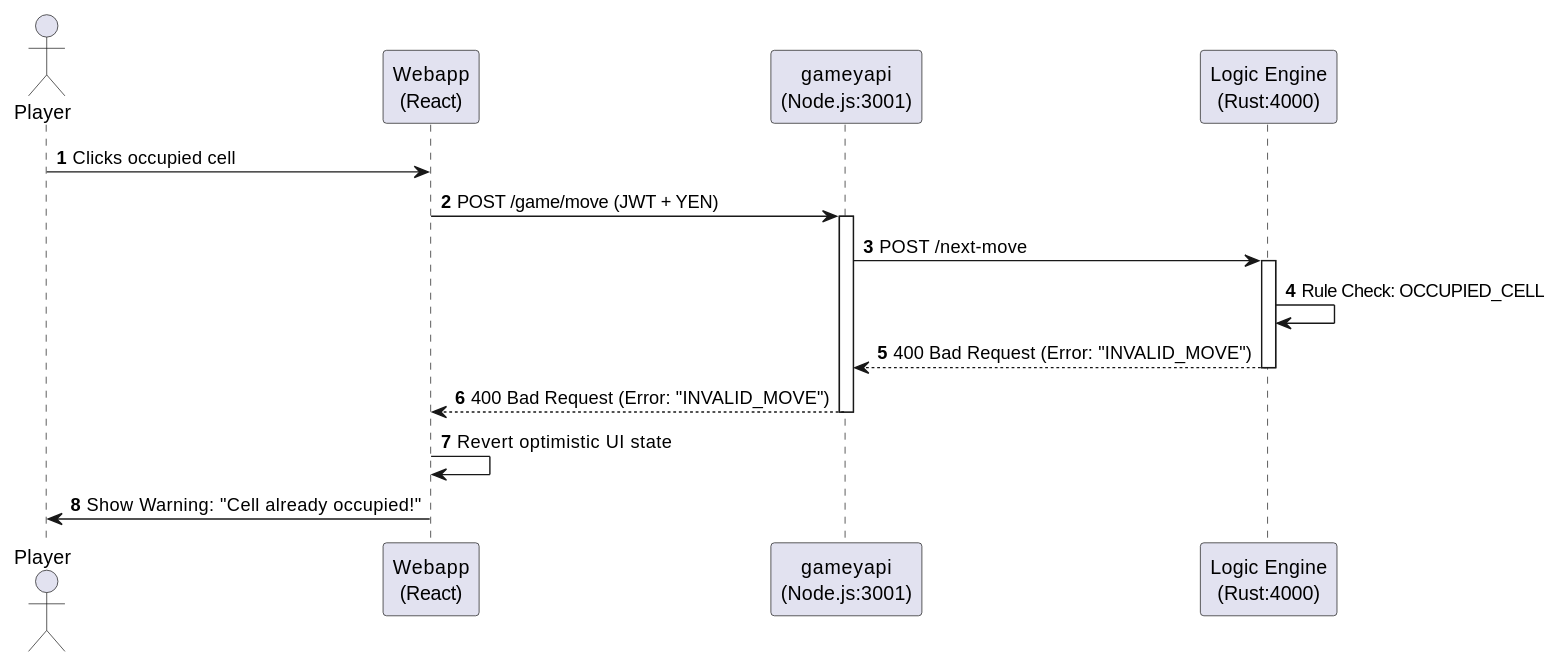
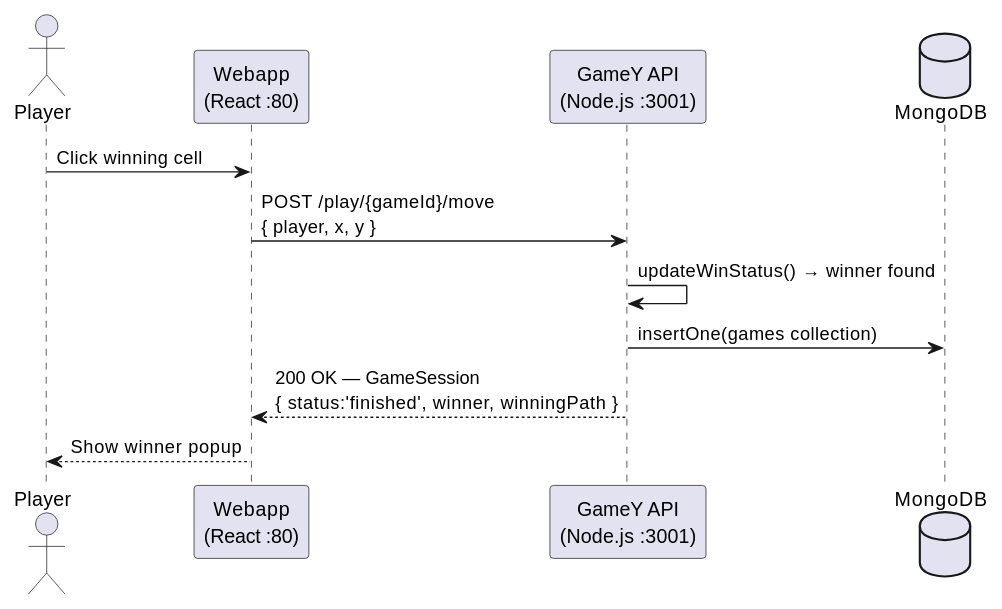
Before and after one commit to Arquisoft/yovi_en1a: the third of 5 diagrams in docs/src/06_runtime_view.adoc, drawn with PlantUML. The commit also changed other lines of this file, not shown here.

```diff
--- a/docs/src/06_runtime_view.adoc
+++ b/docs/src/06_runtime_view.adoc
@@ -81,26 +53,16 @@
-[plantuml, target="invalid-move", format="png"]
+[plantuml, target="match-conclusion", format="png"]
 ----
 @startuml
-autonumber
-actor "Player" as User
-participant "Webapp\n(React)" as UI
-participant "gameyapi\n(Node.js:3001)" as API
-participant "Logic Engine\n(Rust:4000)" as Rust
+actor "Player" as Player
+participant "Webapp\n(React :80)" as Webapp
+participant "GameY API\n(Node.js :3001)" as API
+database "MongoDB" as DB
 
-User -> UI : Clicks occupied cell
-UI -> API : POST /game/move (JWT + YEN)
-activate API
-
-API -> Rust : POST /next-move
-activate Rust
-Rust -> Rust : Rule Check: OCCUPIED_CELL
-Rust --> API : 400 Bad Request (Error: "INVALID_MOVE")
-deactivate Rust
-
-API --> UI : 400 Bad Request (Error: "INVALID_MOVE")
-deactivate API
-
-UI -> UI : Revert optimistic UI state
-UI -> User : Show Warning: "Cell already occupied!"
+Player -> Webapp : Click winning cell
+Webapp -> API : POST /play/{gameId}/move\n{ player, x, y }
+API -> API : updateWinStatus() → winner found
+API -> DB : insertOne(games collection)
+API --> Webapp : 200 OK — GameSession\n{ status:'finished', winner, winningPath }
+Webapp --> Player : Show winner popup
 @enduml
 ----
```
